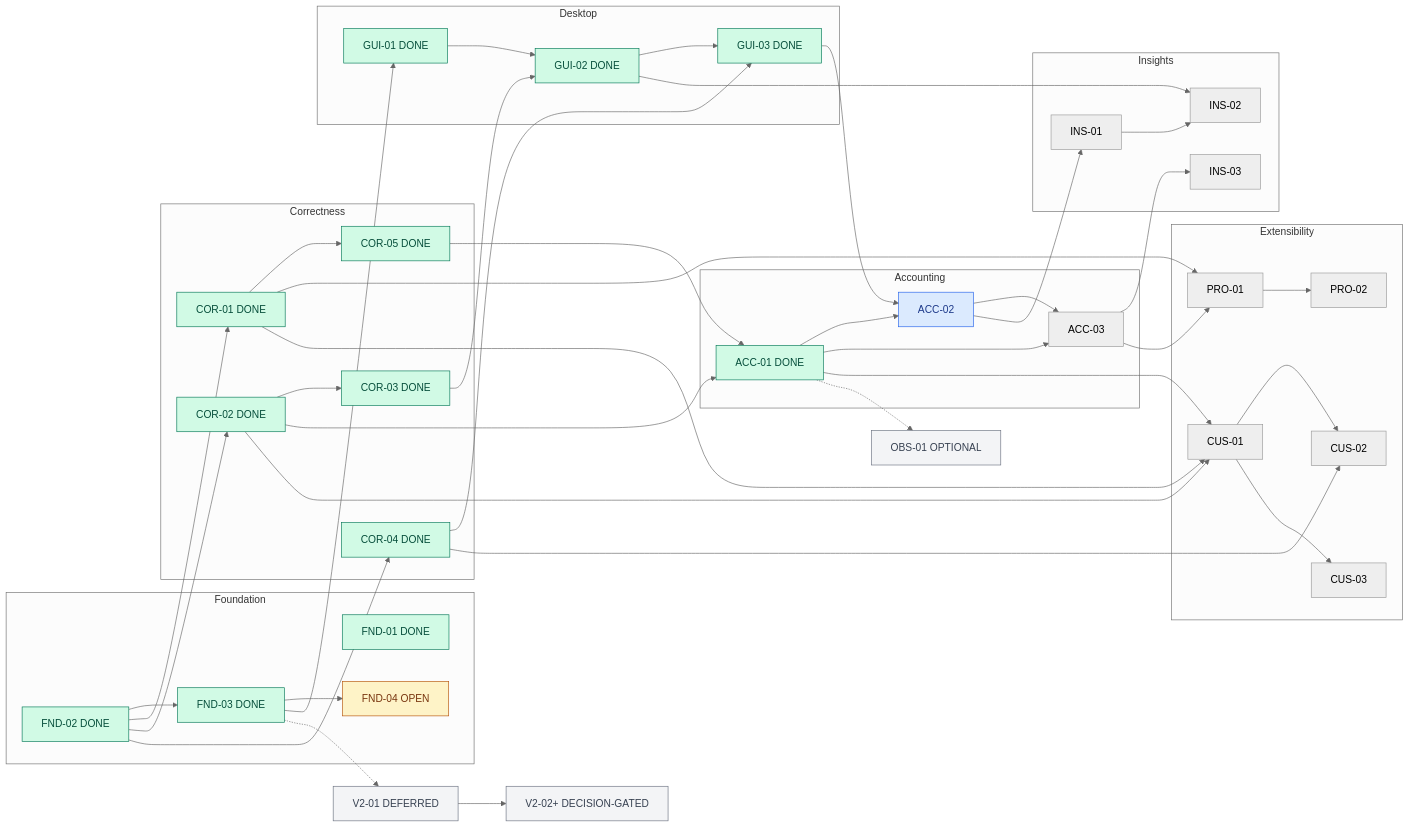
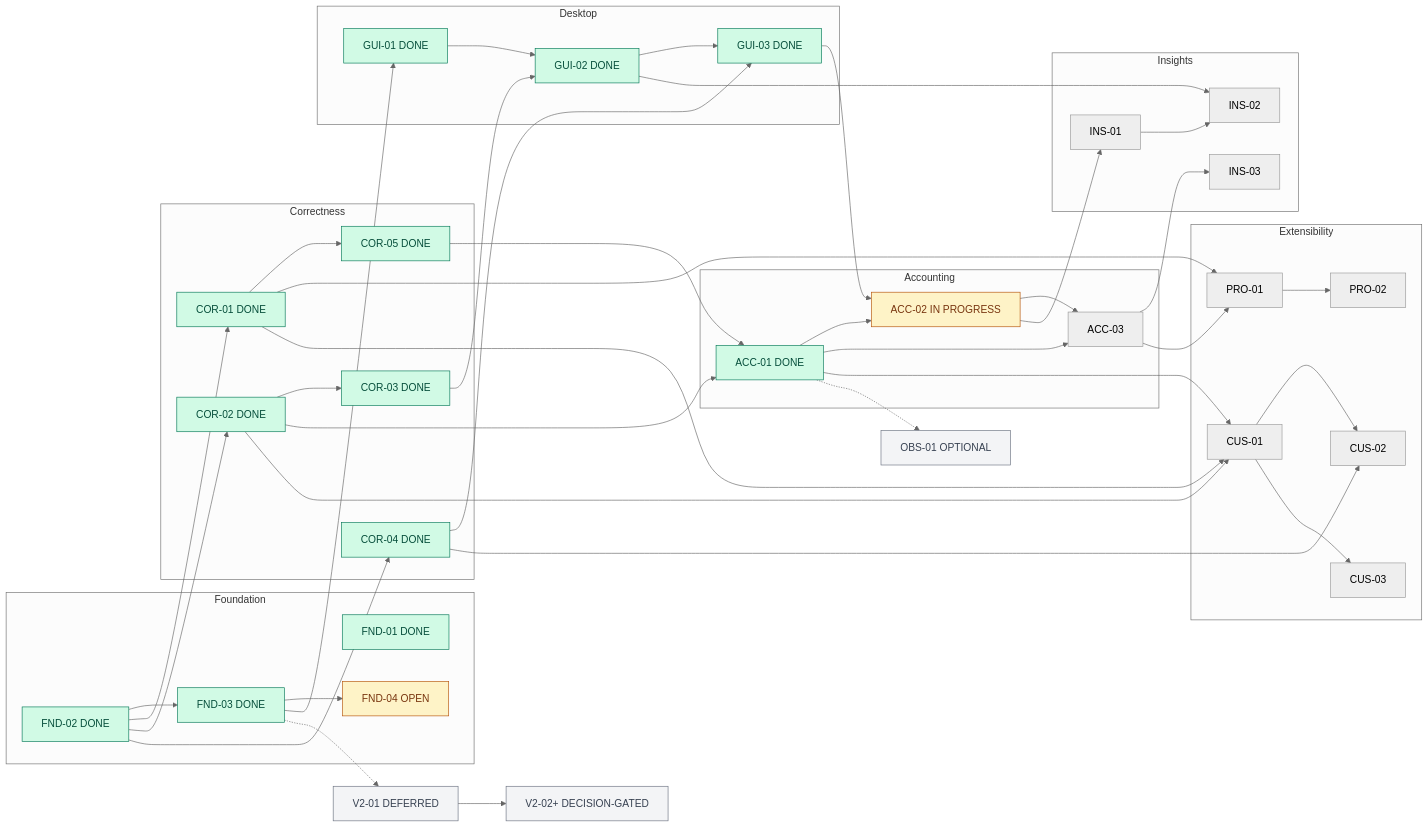
The second of 2 diagrams in docs/UPSTREAM_DELIVERY_PLAN.md (slkiser/opencode-quota), drawn with Mermaid (neutral theme) before and after one commit. The commit also changed other lines of this file and 18 other files, not shown here.

````diff
--- a/docs/UPSTREAM_DELIVERY_PLAN.md
+++ b/docs/UPSTREAM_DELIVERY_PLAN.md
@@ -182,58 +182,57 @@
 ```mermaid
 flowchart LR
   subgraph Foundation
     F01["FND-01 DONE"]
     F02["FND-02 DONE"] --> F03["FND-03 DONE"]
     F03 --> F04["FND-04 OPEN"]
   end
   subgraph Correctness
     F02 --> C01["COR-01 DONE"]
     F02 --> C02["COR-02 DONE"]
     C02 --> C03["COR-03 DONE"]
     F02 --> C04["COR-04 DONE"]
     C01 --> C05["COR-05 DONE"]
   end
   subgraph Desktop
     F03 --> G01["GUI-01 DONE"]
     G01 --> G02["GUI-02 DONE"]
     C03 --> G02
     G02 --> G03["GUI-03 DONE"]
     C04 --> G03
   end
   subgraph Accounting
     C02 --> A01["ACC-01 DONE"]
     C05 --> A01
-    A01 --> A02["ACC-02"]
+    A01 --> A02["ACC-02 IN PROGRESS"]
     G03 --> A02
     A01 --> A03["ACC-03"]
     A02 --> A03
   end
   subgraph Insights
     A02 --> I01["INS-01"]
     I01 --> I02["INS-02"]
     G02 --> I02
     A03 --> I03["INS-03"]
   end
   subgraph Extensibility
     A03 --> P01["PRO-01"]
     C01 --> P01
     P01 --> P02["PRO-02"]
     A01 --> U01["CUS-01"]
     C01 --> U01
     C02 --> U01
     U01 --> U02["CUS-02"]
     C04 --> U02
     U01 --> U03["CUS-03"]
   end
   A01 -.-> O01["OBS-01 OPTIONAL"]
   F03 -.-> V01["V2-01 DEFERRED"]
   V01 --> V02["V2-02+ DECISION-GATED"]
   classDef done fill:#d1fae5,stroke:#047857,color:#064e3b;
   classDef active fill:#fef3c7,stroke:#b45309,color:#78350f;
   classDef ready fill:#dbeafe,stroke:#2563eb,color:#1e3a8a;
   classDef optional fill:#f3f4f6,stroke:#6b7280,color:#374151;
   class F01,F02,F03,C01,C02,C03,C04,C05,G01,G02,G03,A01 done;
-  class F04 active;
-  class A02 ready;
+  class F04,A02 active;
   class O01,V01,V02 optional;
 ```
````
